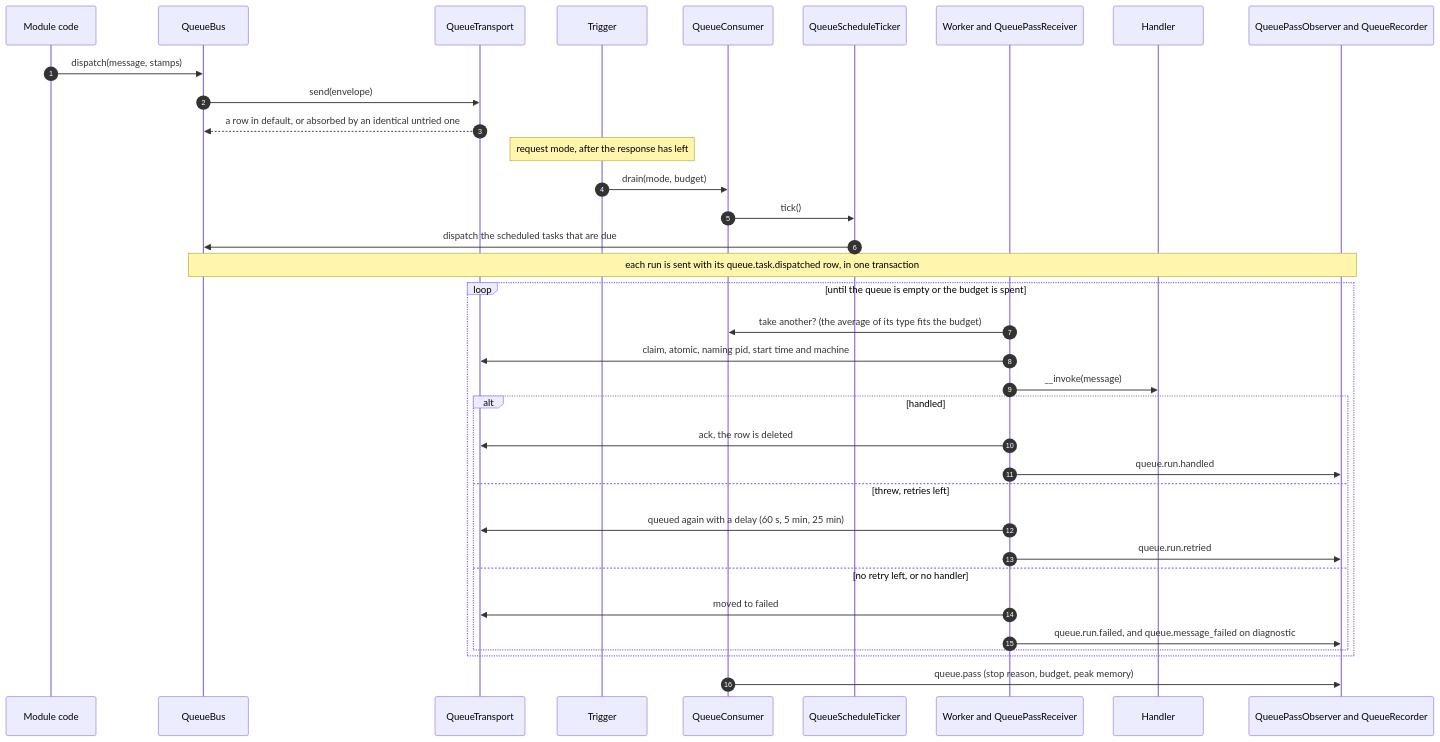
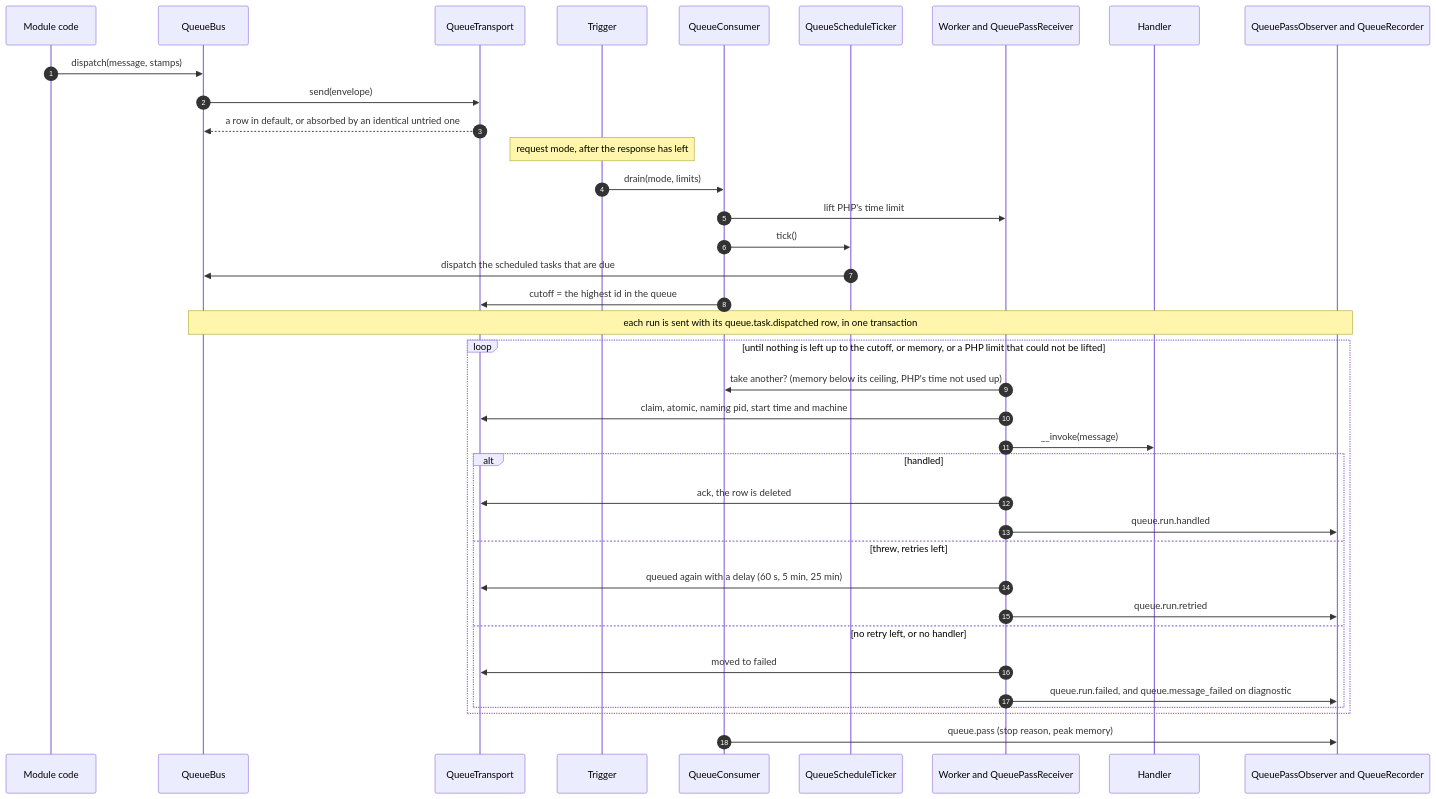
Before and after one commit to YesWiki/yeswiki: the second of 4 diagrams in docs/adr/0030-background-work-goes-through-one-queue.md, drawn with Mermaid. The commit also changed other lines of this file and 4 other files, not shown here.

Commit message:
docs(queue): no budget any more: a pass runs what was waiting, and stops on a PHP limit it could not lift

````diff
--- a/docs/adr/0030-background-work-goes-through-one-queue.md
+++ b/docs/adr/0030-background-work-goes-through-one-queue.md
@@ -97,37 +97,39 @@
 ```mermaid
 sequenceDiagram
   autonumber
   participant M as Module code
   participant B as QueueBus
   participant T as QueueTransport
   participant R as Trigger
   participant C as QueueConsumer
   participant S as QueueScheduleTicker
   participant W as Worker and QueuePassReceiver
   participant H as Handler
   participant O as QueuePassObserver and QueueRecorder
   M->>B: dispatch(message, stamps)
   B->>T: send(envelope)
   T-->>B: a row in default, or absorbed by an identical untried one
   Note over R: request mode, after the response has left
-  R->>C: drain(mode, budget)
+  R->>C: drain(mode, limits)
+  C->>W: lift PHP's time limit
   C->>S: tick()
   S->>B: dispatch the scheduled tasks that are due
+  C->>T: cutoff = the highest id in the queue
   Note over B,O: each run is sent with its queue.task.dispatched row, in one transaction
-  loop until the queue is empty or the budget is spent
-    W->>C: take another? (the average of its type fits the budget)
+  loop until nothing is left up to the cutoff, or memory, or a PHP limit that could not be lifted
+    W->>C: take another? (memory below its ceiling, PHP's time not used up)
     W->>T: claim, atomic, naming pid, start time and machine
     W->>H: __invoke(message)
     alt handled
       W->>T: ack, the row is deleted
       W->>O: queue.run.handled
     else threw, retries left
       W->>T: queued again with a delay (60 s, 5 min, 25 min)
       W->>O: queue.run.retried
     else no retry left, or no handler
       W->>T: moved to failed
       W->>O: queue.run.failed, and queue.message_failed on diagnostic
     end
   end
-  C->>O: queue.pass (stop reason, budget, peak memory)
+  C->>O: queue.pass (stop reason, peak memory)
 ```
````
